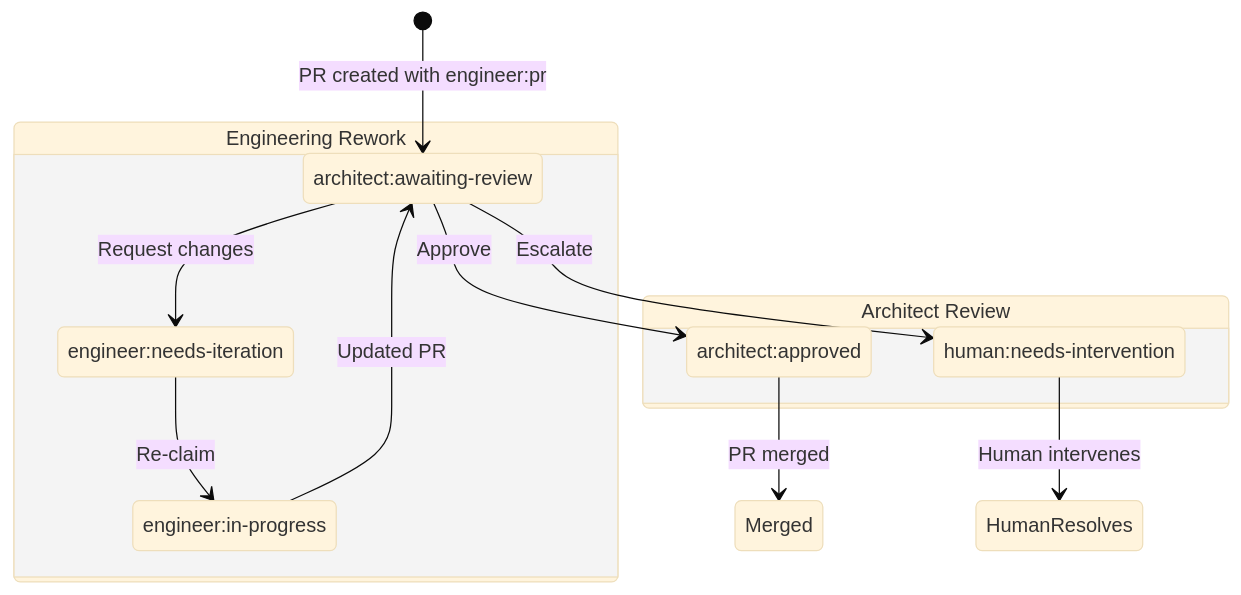
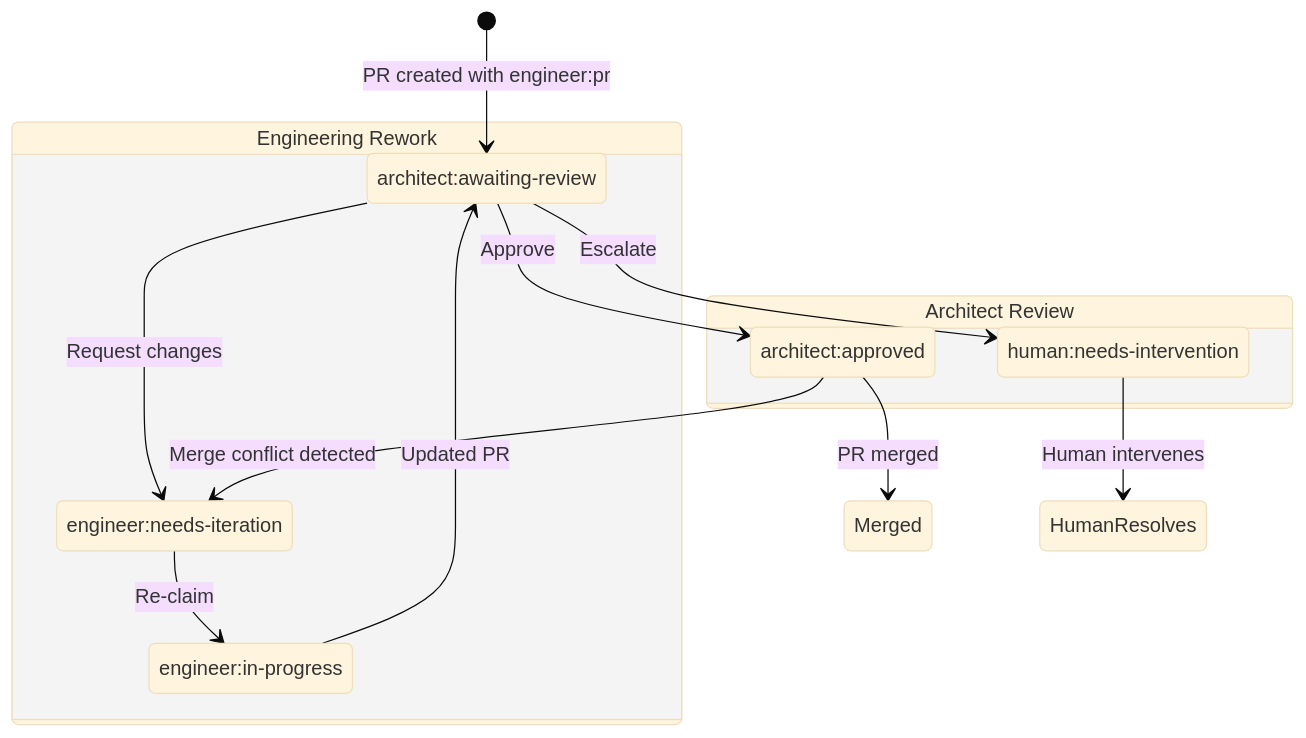
One commit to matthewmcneill/bug-fixer-loop-plugin changed the second of 3 diagrams in docs/label-taxonomy.md. Above: the diagram before and after it, drawn with Mermaid (base theme). The commit also changed other lines of this file and 3 other files, not shown here.

Commit message:
[BugFixer] Fix #19: Add merge conflict detection for approved PRs in architect tick cycle

````diff
--- a/docs/label-taxonomy.md
+++ b/docs/label-taxonomy.md
@@ -134,24 +134,25 @@
 ```mermaid
 stateDiagram-v2
     [*] --> architect_awaiting : PR created with engineer:pr
 
     state "Architect Review" as review {
         architect_awaiting --> architect_approved : Approve
         architect_awaiting --> engineer_needs_iteration : Request changes
         architect_awaiting --> human_needs_intervention : Escalate
     }
 
     state "Engineering Rework" as rework {
         engineer_needs_iteration --> engineer_in_progress : Re-claim
         engineer_in_progress --> architect_awaiting : Updated PR
     }
 
     architect_approved --> Merged : PR merged
+    architect_approved --> engineer_needs_iteration : Merge conflict detected
     human_needs_intervention --> HumanResolves : Human intervenes
 
     architect_awaiting : architect:awaiting-review
     architect_approved : architect:approved
     engineer_needs_iteration : engineer:needs-iteration
     engineer_in_progress : engineer:in-progress
     human_needs_intervention : human:needs-intervention
 ```
````
